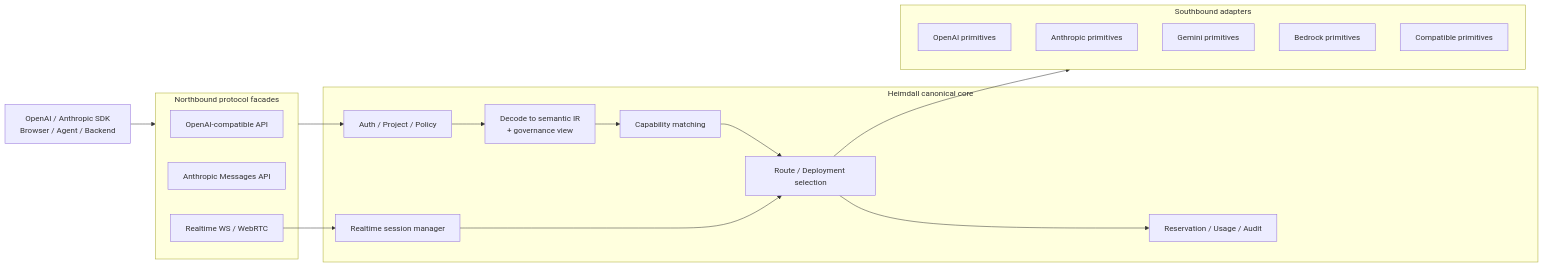
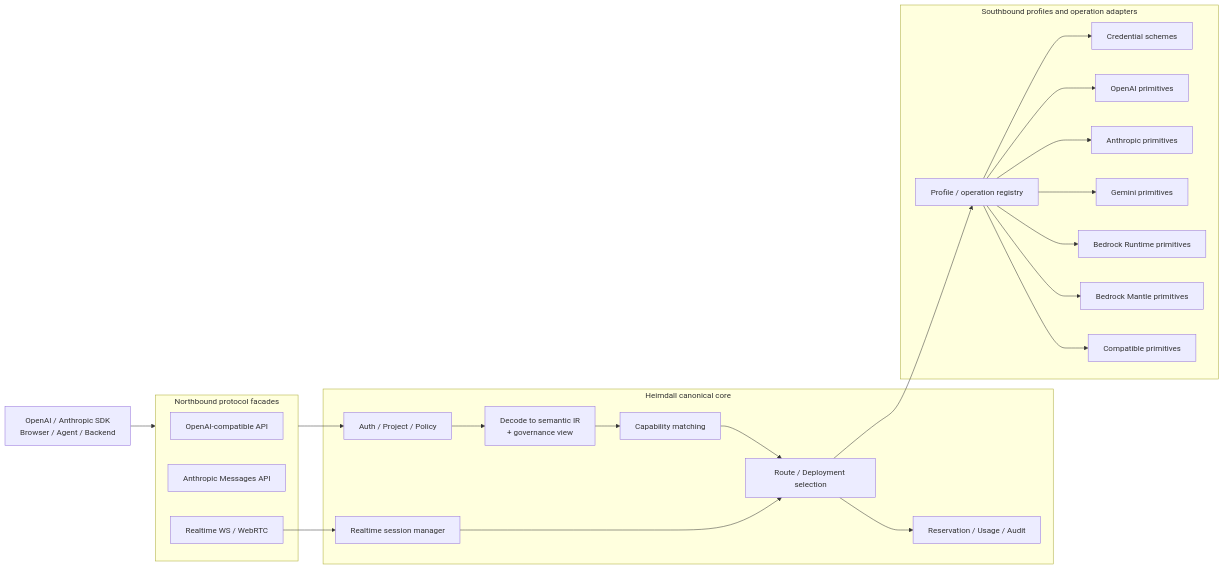
Before and after one commit to akz142857/Halro: the first of 2 diagrams in docs/api-provider-realtime-architecture.zh-CN.md, drawn with Mermaid. The commit also changed other lines of this file, not shown here.

Commit message:
Document provider profile and AWS API architecture

````diff
--- a/docs/api-provider-realtime-architecture.zh-CN.md
+++ b/docs/api-provider-realtime-architecture.zh-CN.md
@@ -127,33 +152,43 @@
 ```mermaid
 flowchart LR
     Client["OpenAI / Anthropic SDK\nBrowser / Agent / Backend"]
 
     subgraph Northbound["Northbound protocol facades"]
         OpenAIAPI["OpenAI-compatible API"]
         AnthropicAPI["Anthropic Messages API"]
         RealtimeAPI["Realtime WS / WebRTC"]
     end
 
     subgraph Core["Heimdall canonical core"]
         Auth["Auth / Project / Policy"]
         Normalize["Decode to semantic IR\n+ governance view"]
         Capability["Capability matching"]
         Router["Route / Deployment selection"]
         Ledger["Reservation / Usage / Audit"]
         Session["Realtime session manager"]
     end
 
-    subgraph Southbound["Southbound adapters"]
+    subgraph Southbound["Southbound profiles and operation adapters"]
+        ProfileRegistry["Profile / operation registry"]
+        Credential["Credential schemes"]
         OpenAIAdapter["OpenAI primitives"]
         AnthropicAdapter["Anthropic primitives"]
         GeminiAdapter["Gemini primitives"]
-        BedrockAdapter["Bedrock primitives"]
+        BedrockRuntime["Bedrock Runtime primitives"]
+        BedrockMantle["Bedrock Mantle primitives"]
         CompatibleAdapter["Compatible primitives"]
     end
 
     Client --> Northbound
     Northbound --> Auth --> Normalize --> Capability --> Router
-    Router --> Southbound
+    Router --> ProfileRegistry
+    ProfileRegistry --> Credential
+    ProfileRegistry --> OpenAIAdapter
+    ProfileRegistry --> AnthropicAdapter
+    ProfileRegistry --> GeminiAdapter
+    ProfileRegistry --> BedrockRuntime
+    ProfileRegistry --> BedrockMantle
+    ProfileRegistry --> CompatibleAdapter
     Router --> Ledger
     RealtimeAPI --> Session --> Router
 ```
````
